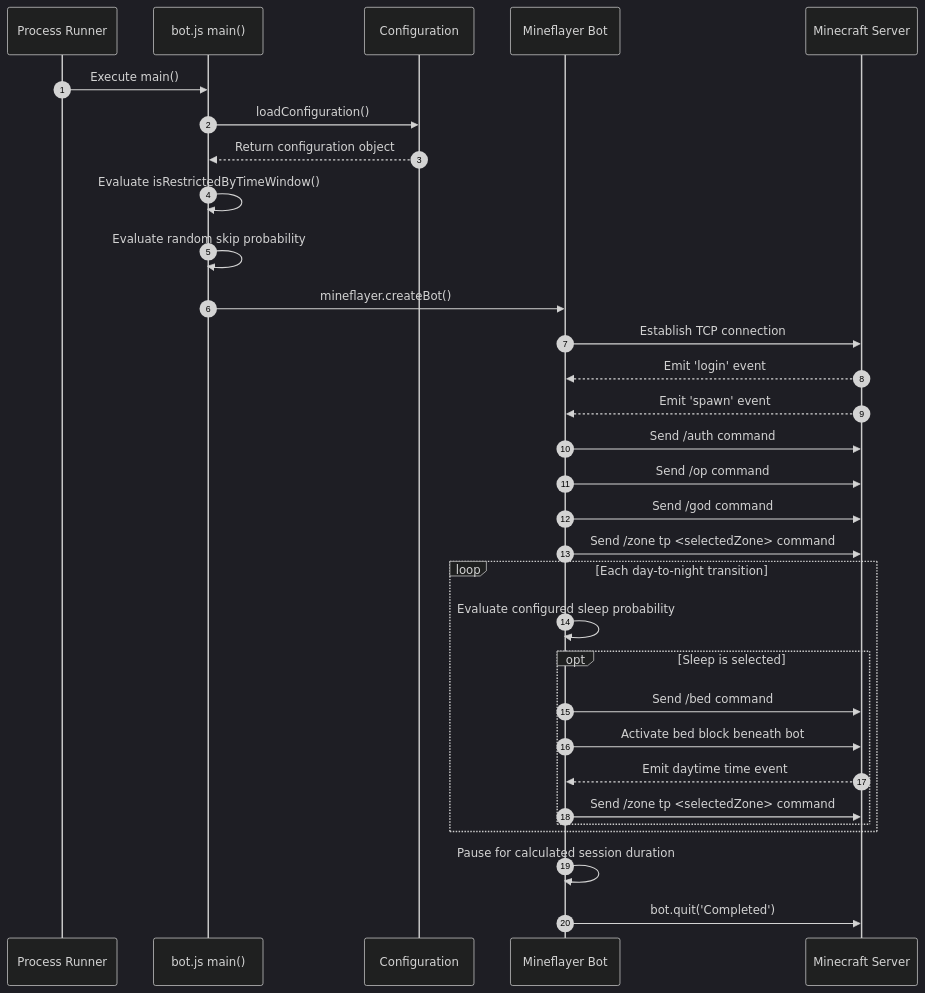
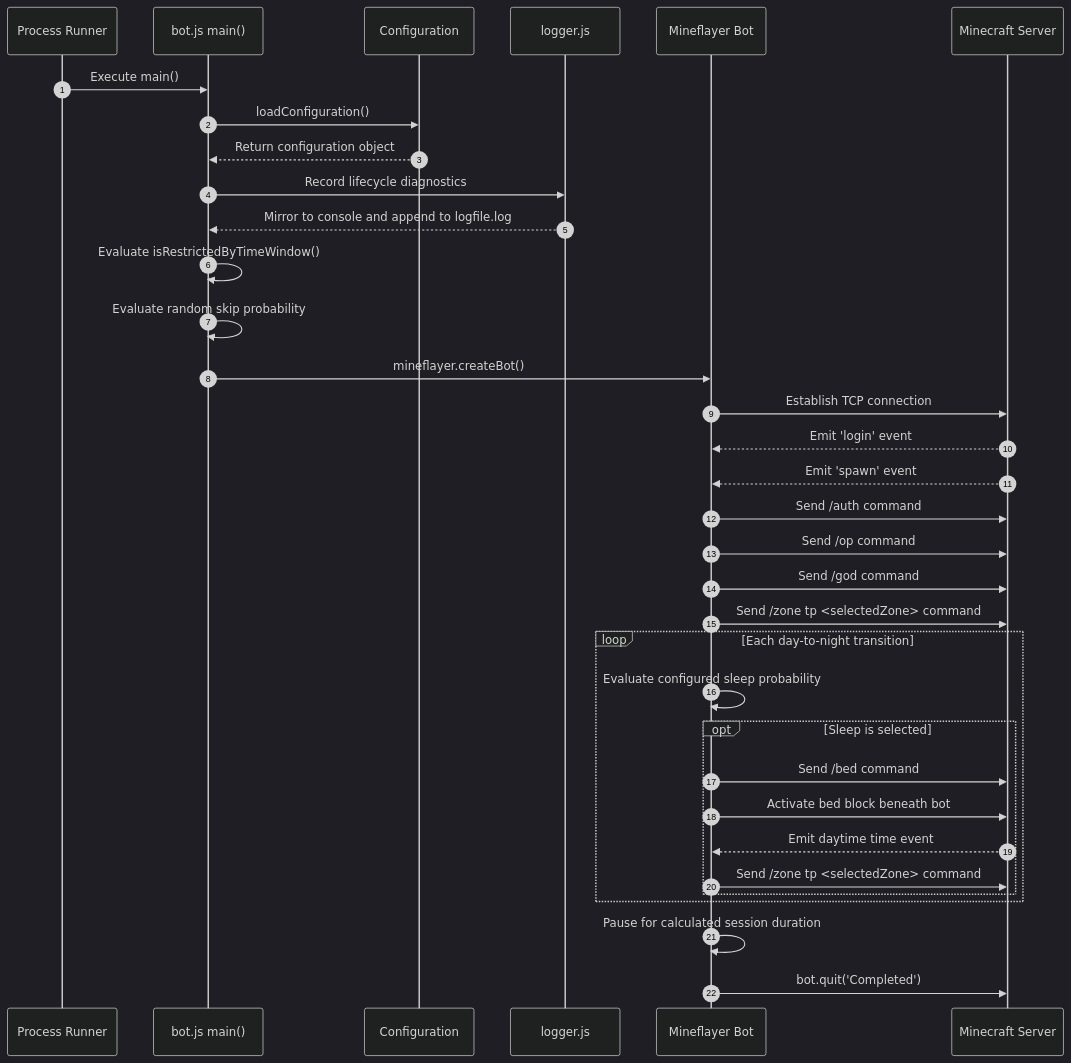
The third of 7 diagrams in ARCHITECTURE.md (hmlendea/minecraft-afk-bot), drawn with Mermaid (dark theme) before and after one commit. The commit also changed other lines of this file and 5 other files, not shown here.

````diff
--- a/ARCHITECTURE.md
+++ b/ARCHITECTURE.md
@@ -84,34 +93,37 @@
 ```mermaid
 sequenceDiagram
     autonumber
     participant CLI as Process Runner
     participant Main as bot.js main()
     participant Config as Configuration
+    participant Logger as logger.js
     participant Bot as Mineflayer Bot
     participant Server as Minecraft Server
 
     CLI->>Main: Execute main()
     Main->>Config: loadConfiguration()
     Config-->>Main: Return configuration object
+    Main->>Logger: Record lifecycle diagnostics
+    Logger-->>Main: Mirror to console and append to logfile.log
     Main->>Main: Evaluate isRestrictedByTimeWindow()
     Main->>Main: Evaluate random skip probability
     Main->>Bot: mineflayer.createBot()
     Bot->>Server: Establish TCP connection
     Server-->>Bot: Emit 'login' event
     Server-->>Bot: Emit 'spawn' event
     Bot->>Server: Send /auth command
     Bot->>Server: Send /op command
     Bot->>Server: Send /god command
     Bot->>Server: Send /zone tp <selectedZone> command
     loop Each day-to-night transition
       Bot->>Bot: Evaluate configured sleep probability
       opt Sleep is selected
         Bot->>Server: Send /bed command
         Bot->>Server: Activate bed block beneath bot
         Server-->>Bot: Emit daytime time event
             Bot->>Server: Send /zone tp <selectedZone> command
       end
     end
     Bot->>Bot: Pause for calculated session duration
     Bot->>Server: bot.quit('Completed')
 ```
````
